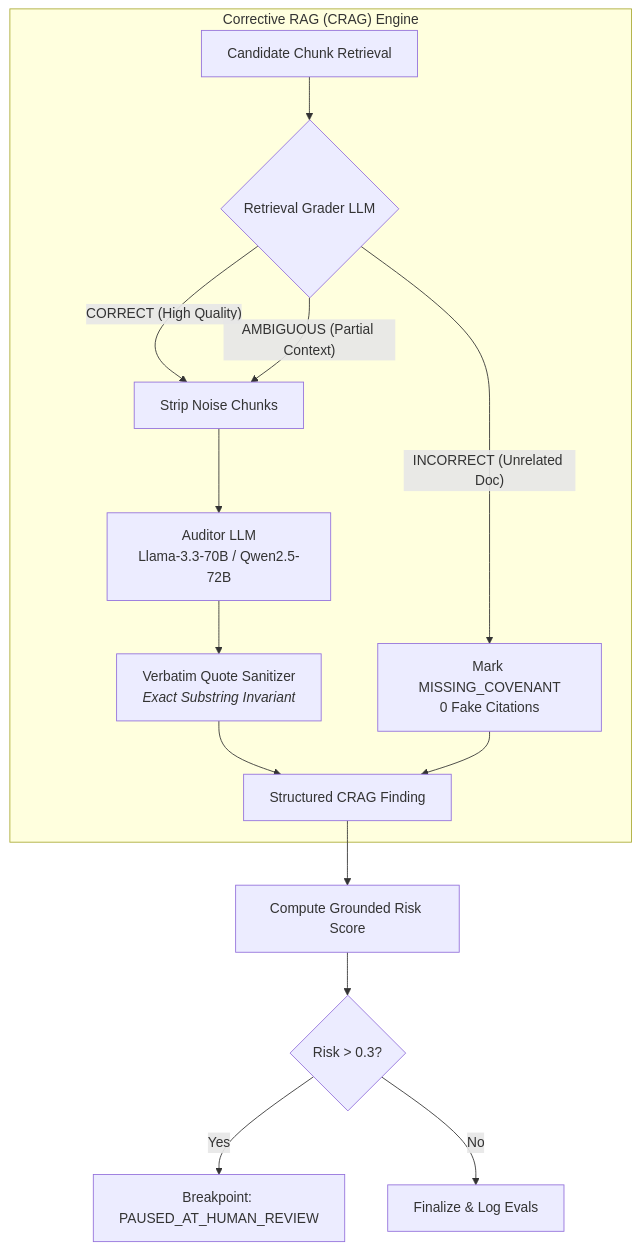
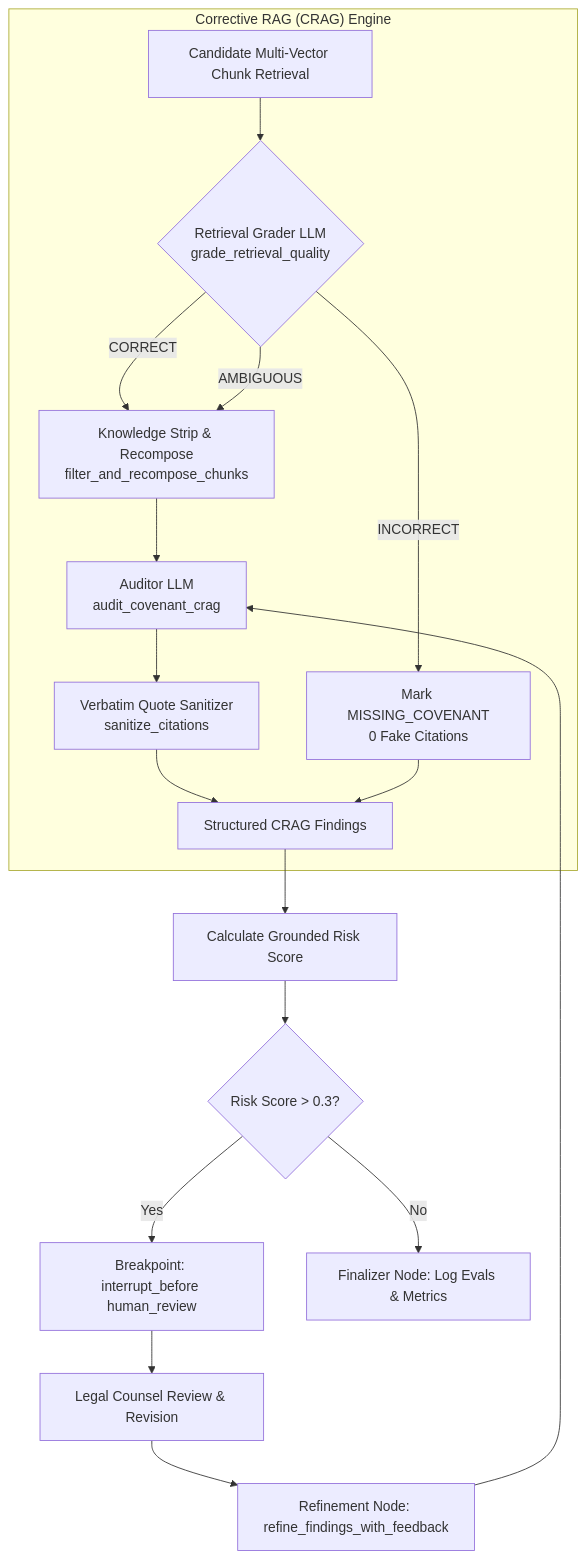
One commit to gagan-devv/docusage changed the fourth of 4 diagrams in ARCHITECTURE.md. Above: the diagram before and after it, drawn with Mermaid. The commit also changed other lines of this file and 12 other files, not shown here.

First line of the commit message:
feat(architecture): update system architecture, enforce priority RBAC & C-RAG pipeline

````diff
--- a/ARCHITECTURE.md
+++ b/ARCHITECTURE.md
@@ -181,19 +194,23 @@
 ```mermaid
 flowchart TD
     subgraph CRAG ["Corrective RAG (CRAG) Engine"]
-        ret[Candidate Chunk Retrieval] --> grade{Retrieval Grader LLM}
-        grade -- "CORRECT (High Quality)" --> filter[Strip Noise Chunks]
-        grade -- "AMBIGUOUS (Partial Context)" --> filter
-        grade -- "INCORRECT (Unrelated Doc)" --> missing[Mark MISSING_COVENANT<br/>0 Fake Citations]
+        ret[Candidate Multi-Vector Chunk Retrieval] --> grade{Retrieval Grader LLM<br/>grade_retrieval_quality}
+        grade -- "CORRECT" --> filter[Knowledge Strip & Recompose<br/>filter_and_recompose_chunks]
+        grade -- "AMBIGUOUS" --> filter
+        grade -- "INCORRECT" --> missing[Mark MISSING_COVENANT<br/>0 Fake Citations]
         
-        filter --> audit[Auditor LLM<br/>Llama-3.3-70B / Qwen2.5-72B]
-        audit --> sanitize[Verbatim Quote Sanitizer<br/><i>Exact Substring Invariant</i>]
-        sanitize --> findings[Structured CRAG Finding]
+        filter --> audit[Auditor LLM<br/>audit_covenant_crag]
+        audit --> sanitize[Verbatim Quote Sanitizer<br/>sanitize_citations]
+        sanitize --> findings[Structured CRAG Findings]
         missing --> findings
     end
 
-    findings --> score[Compute Grounded Risk Score]
-    score --> human_eval{Risk > 0.3?}
-    human_eval -- "Yes" --> paused[Breakpoint: PAUSED_AT_HUMAN_REVIEW]
-    human_eval -- "No" --> finalized[Finalize & Log Evals]
+    findings --> score[Calculate Grounded Risk Score]
+    score --> routing{Risk Score > 0.3?}
+    routing -- "Yes" --> hitl[Breakpoint: interrupt_before human_review]
+    routing -- "No" --> finalize[Finalizer Node: Log Evals & Metrics]
+    
+    hitl --> counsel[Legal Counsel Review & Revision]
+    counsel --> refine[Refinement Node: refine_findings_with_feedback]
+    refine --> audit
 ```
````
